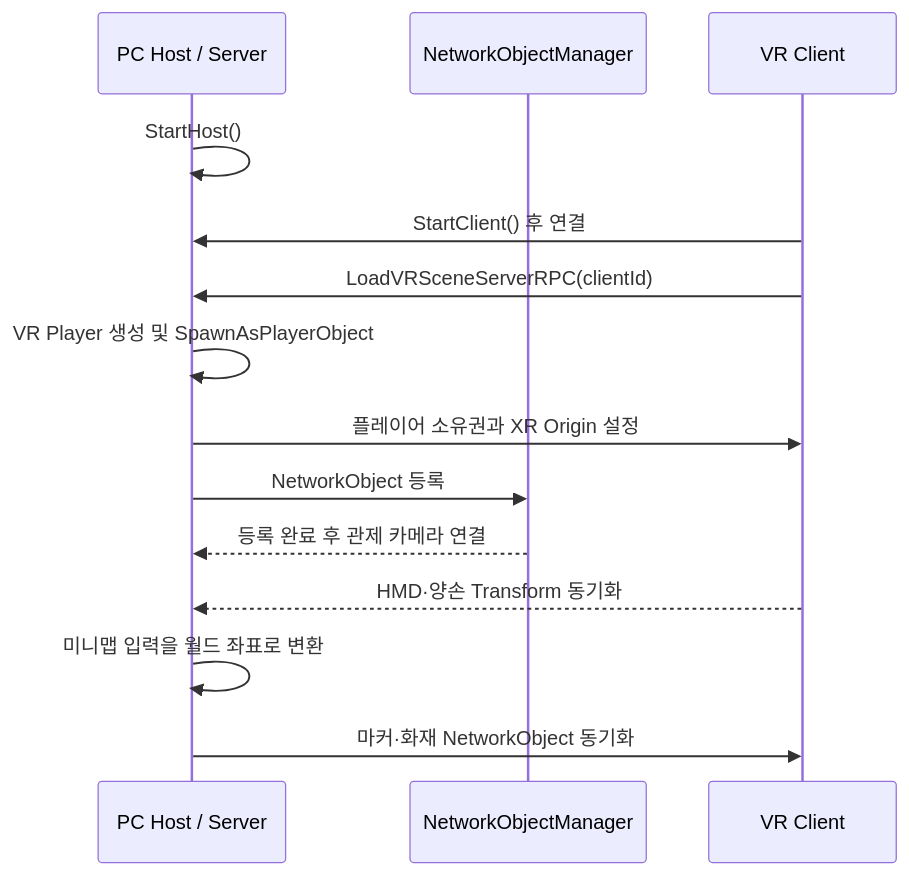
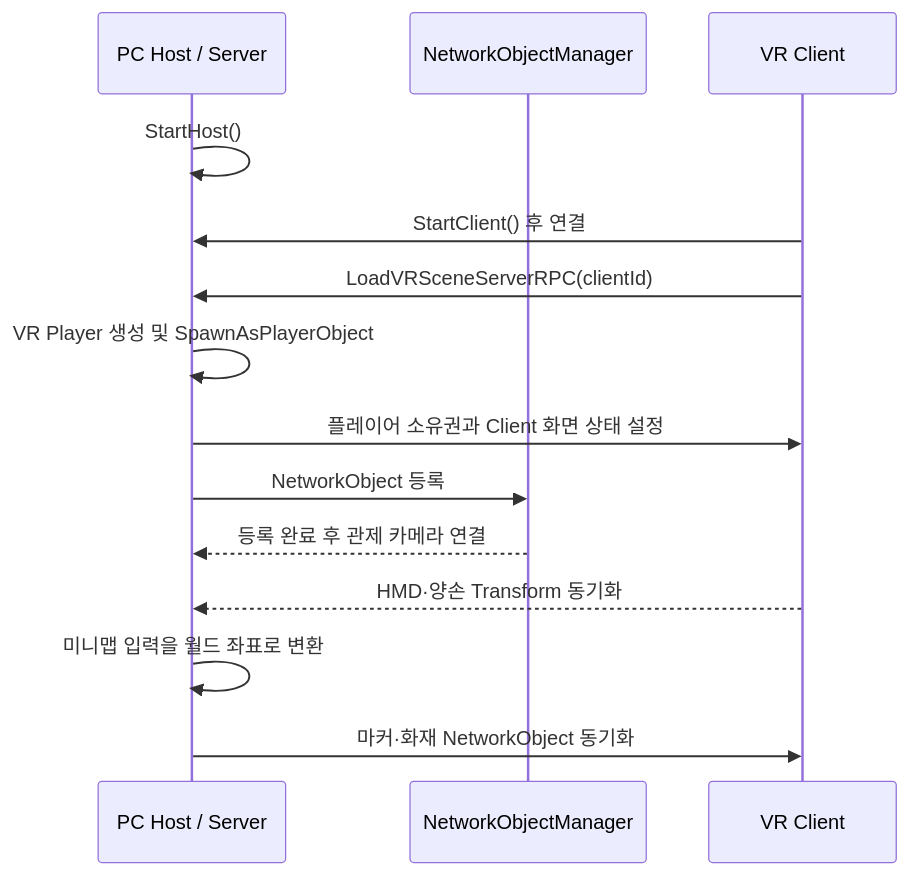
One commit to Mindarinda47/vr-disaster-networking-portfolio changed the first of 2 diagrams in docs/architecture.md. Above: the diagram before and after it, drawn with Mermaid. The commit also changed other lines of this file and 14 other files, not shown here.

````diff
--- a/docs/architecture.md
+++ b/docs/architecture.md
@@ -9,17 +9,17 @@
 ```mermaid
 sequenceDiagram
     participant PC as PC Host / Server
     participant NM as NetworkObjectManager
     participant VR as VR Client
 
     PC->>PC: StartHost()
     VR->>PC: StartClient() 후 연결
     VR->>PC: LoadVRSceneServerRPC(clientId)
     PC->>PC: VR Player 생성 및 SpawnAsPlayerObject
-    PC->>VR: 플레이어 소유권과 XR Origin 설정
+    PC->>VR: 플레이어 소유권과 Client 화면 상태 설정
     PC->>NM: NetworkObject 등록
     NM-->>PC: 등록 완료 후 관제 카메라 연결
     VR-->>PC: HMD·양손 Transform 동기화
     PC->>PC: 미니맵 입력을 월드 좌표로 변환
     PC->>VR: 마커·화재 NetworkObject 동기화
 ```
````
